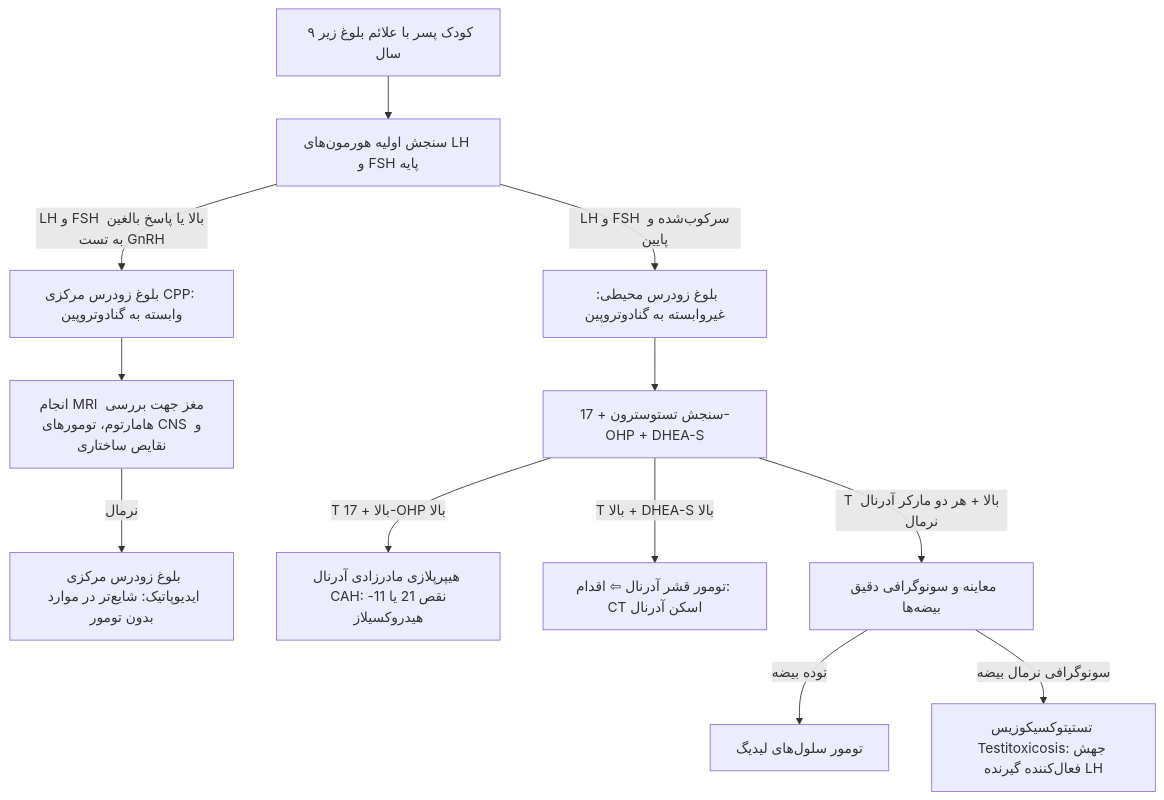
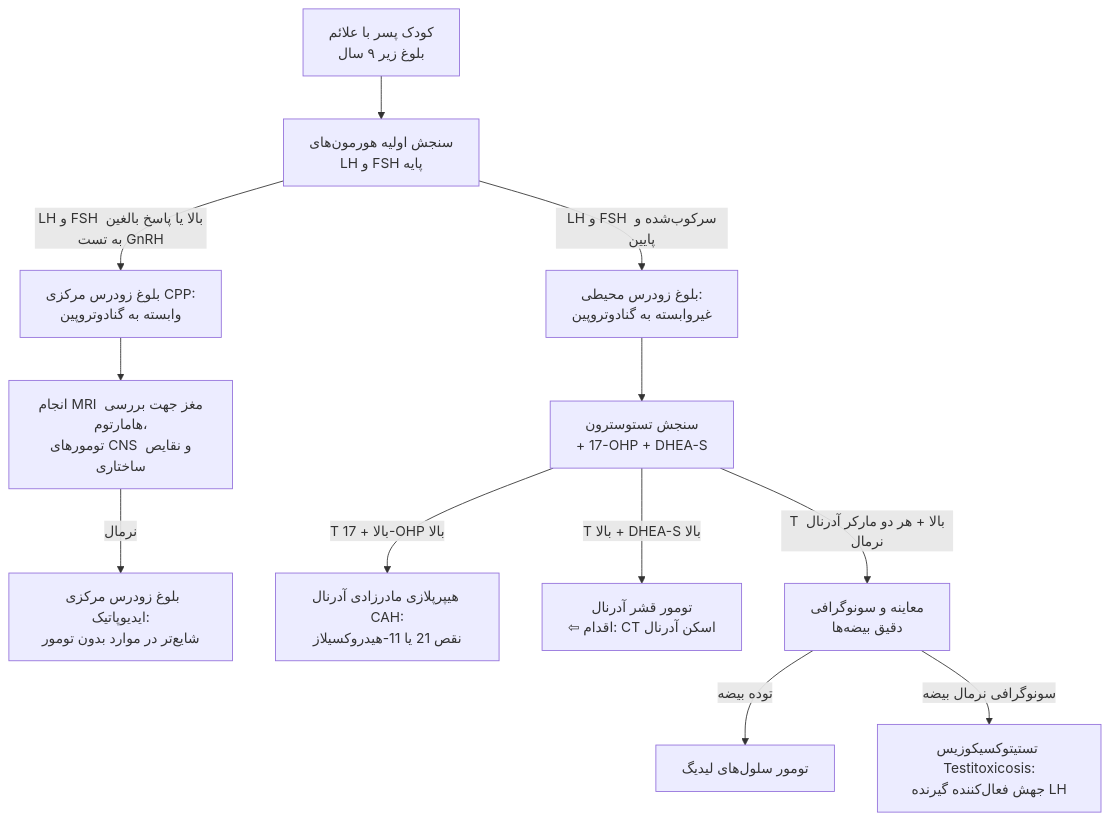
Before and after one commit to neopulse-hub/TUMS-1402-1-neo: the third of 6 diagrams in 07/مبانی غدد/هیپوگنادیسم مردان.md, drawn with Mermaid. The commit also changed other lines of this file, not shown here.

````diff
--- a/07/مبانی غدد/هیپوگنادیسم مردان.md
+++ b/07/مبانی غدد/هیپوگنادیسم مردان.md
@@ -121,17 +125,17 @@
 ```mermaid
 flowchart TD
-    PP[کودک پسر با علائم بلوغ زیر ۹ سال] --> Lab[سنجش اولیه هورمون‌های LH و FSH پایه]
-    
-    Lab -->|LH و FSH بالا یا پاسخ بالغین به تست GnRH| CPP[بلوغ زودرس مرکزی CPP: وابسته به گنادوتروپین]
-    CPP --> MRI[انجام MRI مغز جهت بررسی هامارتوم، تومورهای CNS و نقایص ساختاری]
-    MRI -->|نرمال| IdiopathCPP[بلوغ زودرس مرکزی ایدیوپاتیک: شایع‌تر در موارد بدون تومور]
-    
-    Lab -->|LH و FSH سرکوب‌شده و پایین| IPP[بلوغ زودرس محیطی: غیروابسته به گنادوتروپین]
-    IPP --> CheckSteroids[سنجش تستوسترون + 17-OHP + DHEA-S]
-    
-    CheckSteroids -->|T بالا + 17-OHP بالا| CAH[هیپرپلازی مادرزادی آدرنال CAH: نقص 21 یا 11-هیدروکسیلاز]
-    CheckSteroids -->|T بالا + DHEA-S بالا| AdrenalTumor[تومور قشر آدرنال ⇦ اقدام: CT اسکن آدرنال]
-    CheckSteroids -->|T بالا + هر دو مارکر آدرنال نرمال| TestisWorkup[معاینه و سونوگرافی دقیق بیضه‌ها]
-    TestisWorkup -->|توده بیضه| LeydigTumor[تومور سلول‌های لیدیگ]
-    TestisWorkup -->|سونوگرافی نرمال بیضه| Testitox[تستیتوکسیکوزیس Testitoxicosis: جهش فعال‌کننده گیرنده LH]
+
+PP[کودک پسر با علائم<br>بلوغ زیر ۹ سال] --> Lab[سنجش اولیه هورمون‌های<br>LH و FSH پایه]
+Lab -->|LH و FSH بالا یا پاسخ بالغین به تست GnRH| CPP[بلوغ زودرس مرکزی CPP:<br>وابسته به گنادوتروپین]
+CPP --> MRI[انجام MRI مغز جهت بررسی هامارتوم،<br>تومورهای CNS و نقایص ساختاری]
+MRI -->|نرمال| IdiopathCPP[بلوغ زودرس مرکزی ایدیوپاتیک:<br>شایع‌تر در موارد بدون تومور]
+
+Lab -->|LH و FSH سرکوب‌شده و پایین| IPP[بلوغ زودرس محیطی:<br>غیروابسته به گنادوتروپین]
+IPP --> CheckSteroids[سنجش تستوسترون<br>+ 17-OHP + DHEA-S]
+
+CheckSteroids -->|T بالا + 17-OHP بالا| CAH[هیپرپلازی مادرزادی آدرنال CAH:<br>نقص 21 یا 11-هیدروکسیلاز]
+CheckSteroids -->|T بالا + DHEA-S بالا| AdrenalTumor[تومور قشر آدرنال<br>⇦ اقدام: CT اسکن آدرنال]
+CheckSteroids -->|T بالا + هر دو مارکر آدرنال نرمال| TestisWorkup[معاینه و سونوگرافی<br>دقیق بیضه‌ها]
+TestisWorkup -->|توده بیضه| LeydigTumor[تومور سلول‌های لیدیگ]
+TestisWorkup -->|سونوگرافی نرمال بیضه| Testitox[تستیتوکسیکوزیس Testitoxicosis:<br>جهش فعال‌کننده گیرنده LH]
 ```
````
